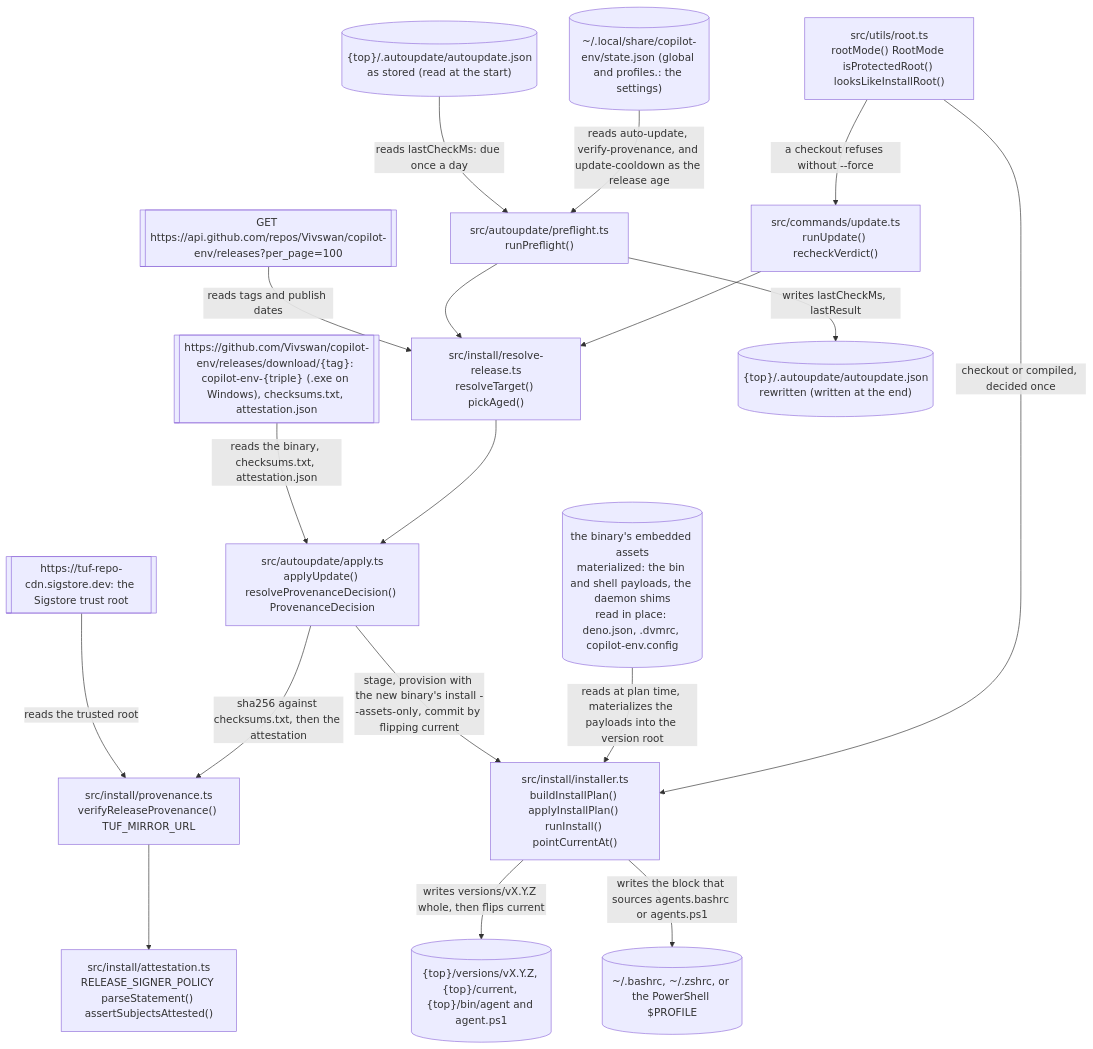
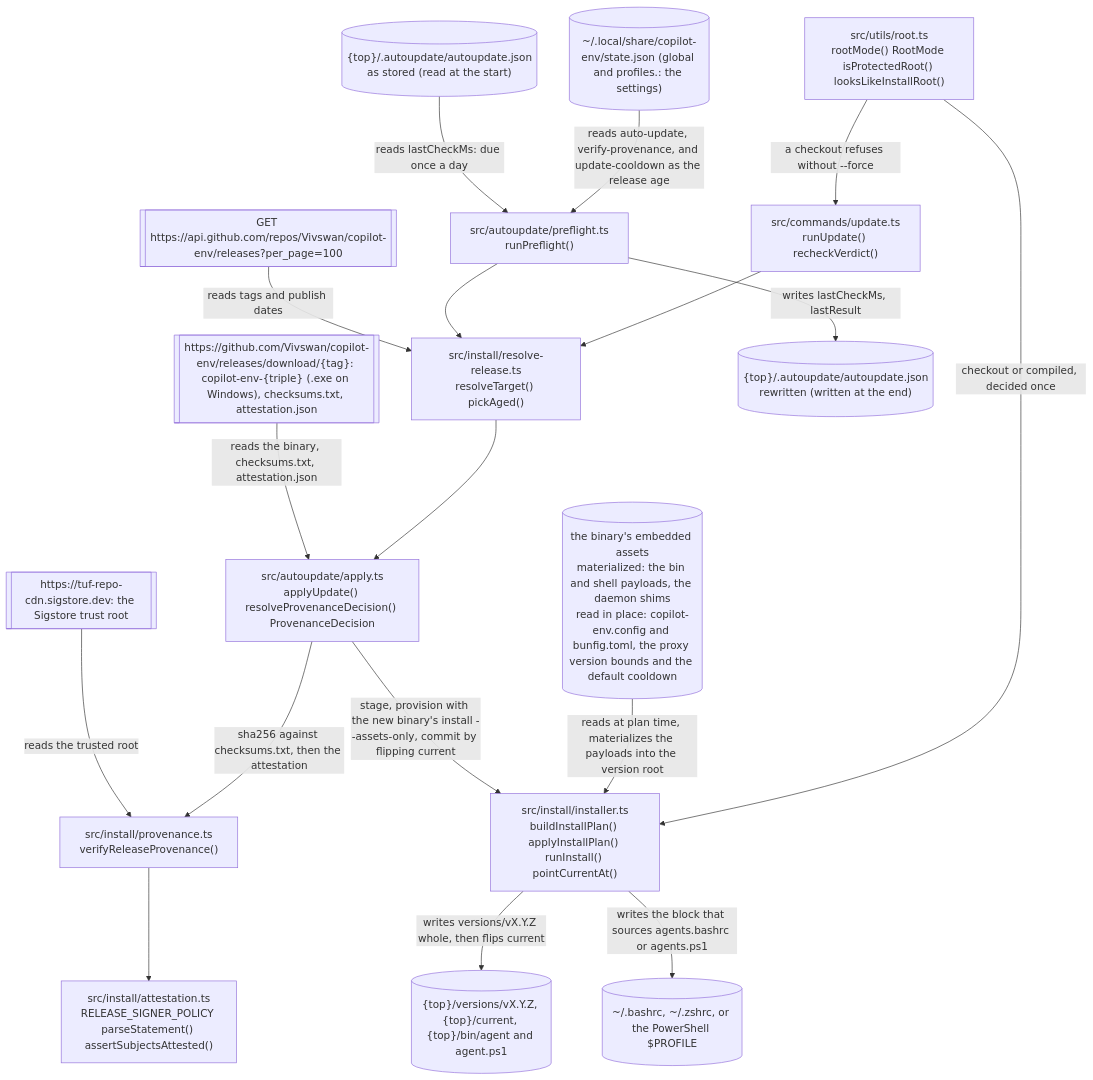
One commit to Vivswan/copilot-env changed the sixth of 8 diagrams in docs/architecture.md. Above: the diagram before and after it, drawn with Mermaid. The commit also changed other lines of this file and 463 other files, not shown here.

Commit message:
feat!: the CLI and the proxy daemon run on bun (#475)

````diff
--- a/docs/architecture.md
+++ b/docs/architecture.md
@@ -201,37 +201,37 @@
 ```mermaid
 flowchart TD
-  assets[("the binary's embedded assets<br>materialized: the bin and shell payloads, the daemon shims<br>read in place: deno.json, .dvmrc, copilot-env.config")]
+  assets[("the binary's embedded assets<br>materialized: the bin and shell payloads, the daemon shims<br>read in place: copilot-env.config and bunfig.toml, the proxy version bounds and the default cooldown")]
   releases[["GET https://api.github.com/repos/Vivswan/copilot-env/releases?per_page=100"]]
   download[["https://github.com/Vivswan/copilot-env/releases/download/{tag}: copilot-env-{triple} (.exe on Windows), checksums.txt, attestation.json"]]
   tuf[["https://tuf-repo-cdn.sigstore.dev: the Sigstore trust root"]]
   prefs[("~/.local/share/copilot-env/state.json (global and profiles.<name>: the settings)")]
   autostatein[("{top}/.autoupdate/autoupdate.json<br>as stored (read at the start)")]
   root["src/utils/root.ts<br>rootMode() RootMode isProtectedRoot() looksLikeInstallRoot()"]
   install["src/install/installer.ts<br>buildInstallPlan() applyInstallPlan() runInstall() pointCurrentAt()"]
   update["src/commands/update.ts<br>runUpdate() recheckVerdict()"]
   preflight["src/autoupdate/preflight.ts<br>runPreflight()"]
   release["src/install/resolve-release.ts<br>resolveTarget() pickAged()"]
   apply["src/autoupdate/apply.ts<br>applyUpdate() resolveProvenanceDecision() ProvenanceDecision"]
-  prov["src/install/provenance.ts<br>verifyReleaseProvenance() TUF_MIRROR_URL"]
+  prov["src/install/provenance.ts<br>verifyReleaseProvenance()"]
   att["src/install/attestation.ts<br>RELEASE_SIGNER_POLICY parseStatement() assertSubjectsAttested()"]
   layout[("{top}/versions/vX.Y.Z, {top}/current, {top}/bin/agent and agent.ps1")]
   rcfile[("~/.bashrc, ~/.zshrc, or the PowerShell $PROFILE")]
   autostateout[("{top}/.autoupdate/autoupdate.json<br>rewritten (written at the end)")]
   root -->|"checkout or compiled, decided once"| install
   root -->|"a checkout refuses without --force"| update
   assets -->|"reads at plan time, materializes the payloads into the version root"| install
   prefs -->|"reads auto-update, verify-provenance, and update-cooldown as the release age"| preflight
   autostatein -->|"reads lastCheckMs: due once a day"| preflight
   update --> release
   preflight --> release
   releases -->|"reads tags and publish dates"| release
   release --> apply
   download -->|"reads the binary, checksums.txt, attestation.json"| apply
   apply -->|"sha256 against checksums.txt, then the attestation"| prov
   tuf -->|"reads the trusted root"| prov
   prov --> att
   apply -->|"stage, provision with the new binary's install --assets-only, commit by flipping current"| install
   install -->|"writes versions/vX.Y.Z whole, then flips current"| layout
   install -->|"writes the block that sources agents.bashrc or agents.ps1"| rcfile
   preflight -->|"writes lastCheckMs, lastResult"| autostateout
 ```
````
